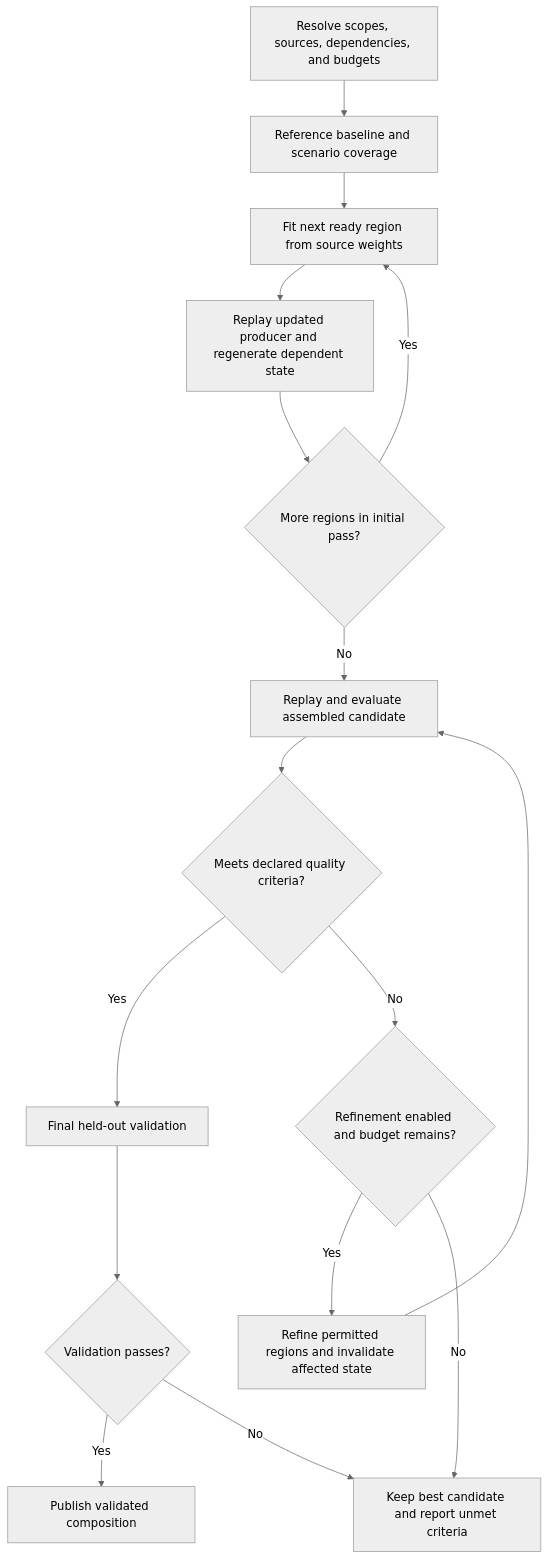
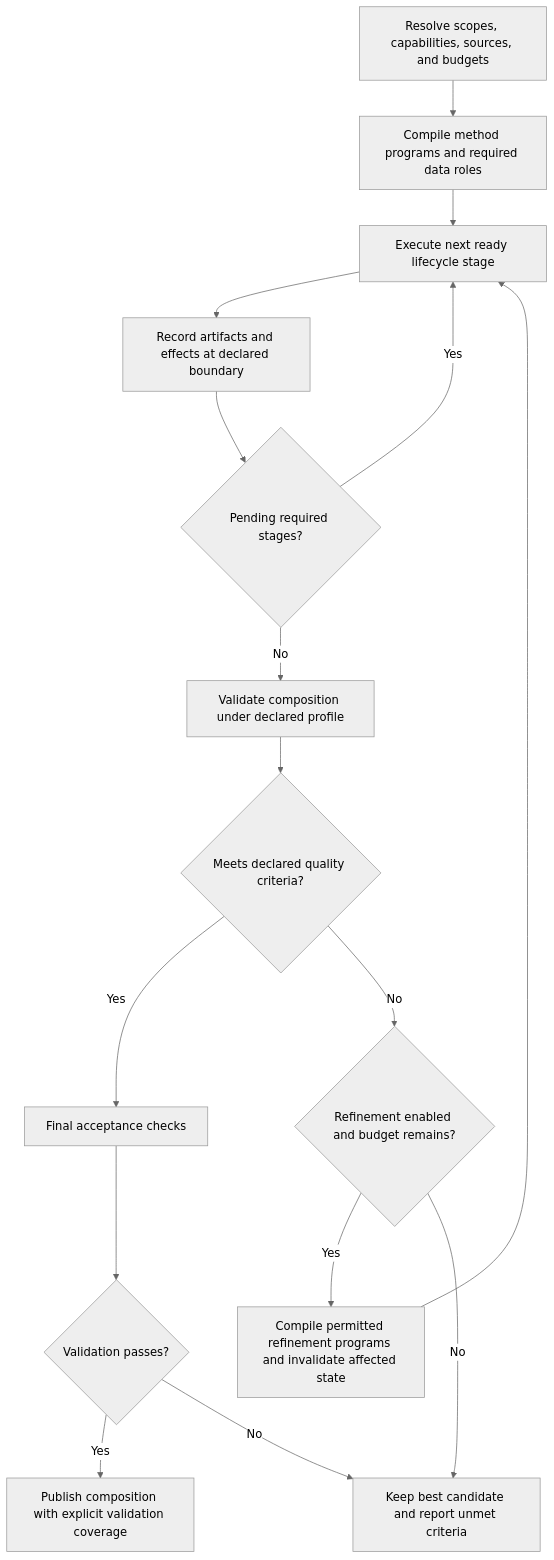
The third of 7 diagrams in docs/component-quantization-design.md (ModelCloud/GPTQModel), drawn with Mermaid (neutral theme) before and after one commit. The commit also changed other lines of this file and 1 other file, not shown here.

Commit message:
docs: model quantization methods as explicit lifecycle programs

````diff
--- a/docs/component-quantization-design.md
+++ b/docs/component-quantization-design.md
@@ -323,18 +389,18 @@
 ```mermaid
 flowchart TD
-    A[Resolve scopes, sources, dependencies, and budgets] --> B[Reference baseline and scenario coverage]
-    B --> C[Fit next ready region from source weights]
-    C --> D[Replay updated producer and regenerate dependent state]
-    D --> E{More regions in initial pass?}
+    A[Resolve scopes, capabilities, sources, and budgets] --> B[Compile method programs and required data roles]
+    B --> C[Execute next ready lifecycle stage]
+    C --> D[Record artifacts and effects at declared boundary]
+    D --> E{Pending required stages?}
     E -->|Yes| C
-    E -->|No| F[Replay and evaluate assembled candidate]
+    E -->|No| F[Validate composition under declared profile]
     F --> G{Meets declared quality criteria?}
-    G -->|Yes| H[Final held-out validation]
+    G -->|Yes| H[Final acceptance checks]
     G -->|No| I{Refinement enabled and budget remains?}
-    I -->|Yes| J[Refine permitted regions and invalidate affected state]
-    J --> F
+    I -->|Yes| J[Compile permitted refinement programs and invalidate affected state]
+    J --> C
     I -->|No| K[Keep best candidate and report unmet criteria]
     H --> L{Validation passes?}
-    L -->|Yes| M[Publish validated composition]
+    L -->|Yes| M[Publish composition with explicit validation coverage]
     L -->|No| K
 ```
````
